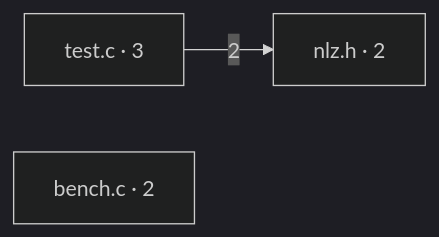
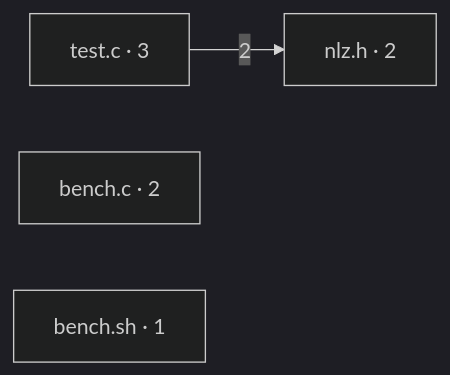
Before and after one commit to spaceadler/NLZ3000: the first of 2 diagrams in CODEMAP.md, drawn with Mermaid (dark theme). The commit also changed other lines of this file, not shown here.

````diff
--- a/CODEMAP.md
+++ b/CODEMAP.md
@@ -11,7 +11,8 @@
 ```mermaid
 flowchart LR
     n_test_c["test.c · 3"]
+    n_bench_c["bench.c · 2"]
     n_nlz_h["nlz.h · 2"]
-    n_bench_c["bench.c · 2"]
+    n_bench_sh["bench.sh · 1"]
     n_test_c -->|2| n_nlz_h
 ```
````
